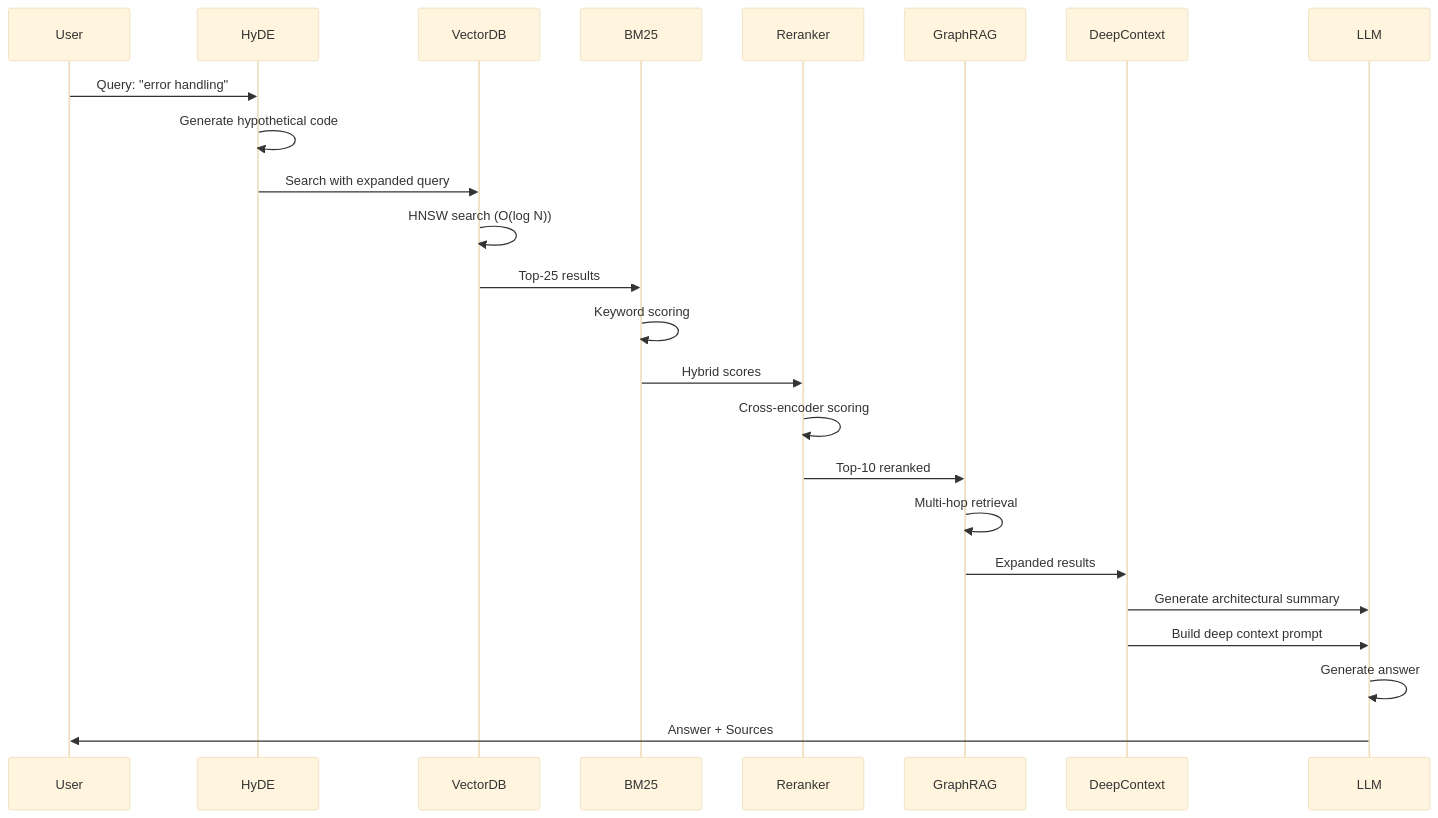
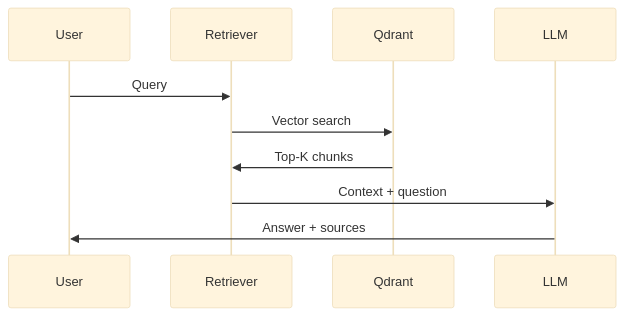
One commit to Niranjan-tiwari/code-atlas changed the second of 2 diagrams in docs/COMPLETE_TECHNICAL_GUIDE.md. Above: the diagram before and after it, drawn with Mermaid (base theme). The commit also changed other lines of this file and 30 other files, not shown here.

````diff
--- a/docs/COMPLETE_TECHNICAL_GUIDE.md
+++ b/docs/COMPLETE_TECHNICAL_GUIDE.md
@@ -1230,27 +220,13 @@
 ```mermaid
 sequenceDiagram
     participant User
-    participant HyDE
-    participant VectorDB
-    participant BM25
-    participant Reranker
-    participant GraphRAG
-    participant DeepContext
+    participant Retriever
+    participant Qdrant
     participant LLM
-    
-    User->>HyDE: Query: "error handling"
-    HyDE->>HyDE: Generate hypothetical code
-    HyDE->>VectorDB: Search with expanded query
-    VectorDB->>VectorDB: HNSW search (O(log N))
-    VectorDB->>BM25: Top-25 results
-    BM25->>BM25: Keyword scoring
-    BM25->>Reranker: Hybrid scores
-    Reranker->>Reranker: Cross-encoder scoring
-    Reranker->>GraphRAG: Top-10 reranked
-    GraphRAG->>GraphRAG: Multi-hop retrieval
-    GraphRAG->>DeepContext: Expanded results
-    DeepContext->>LLM: Generate architectural summary
-    DeepContext->>LLM: Build deep context prompt
-    LLM->>LLM: Generate answer
-    LLM->>User: Answer + Sources
+
+    User->>Retriever: Query
+    Retriever->>Qdrant: Vector search
+    Qdrant->>Retriever: Top-K chunks
+    Retriever->>LLM: Context + question
+    LLM->>User: Answer + sources
 ```
````
